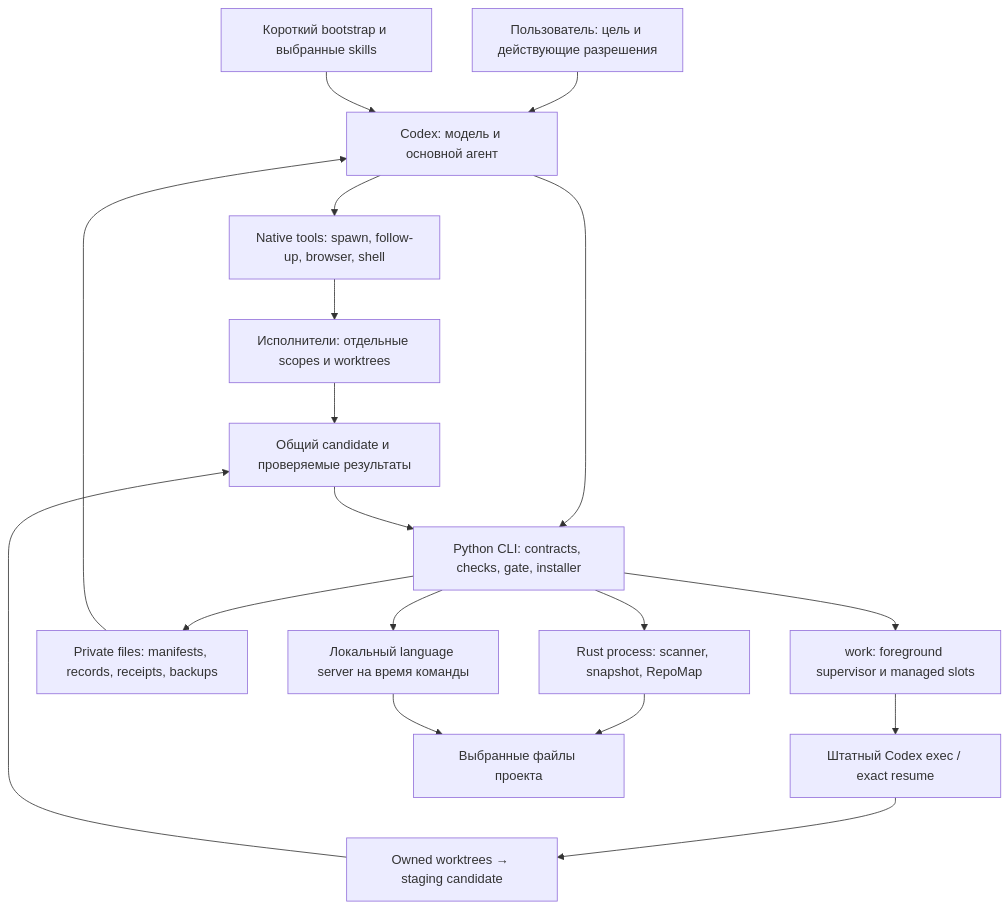
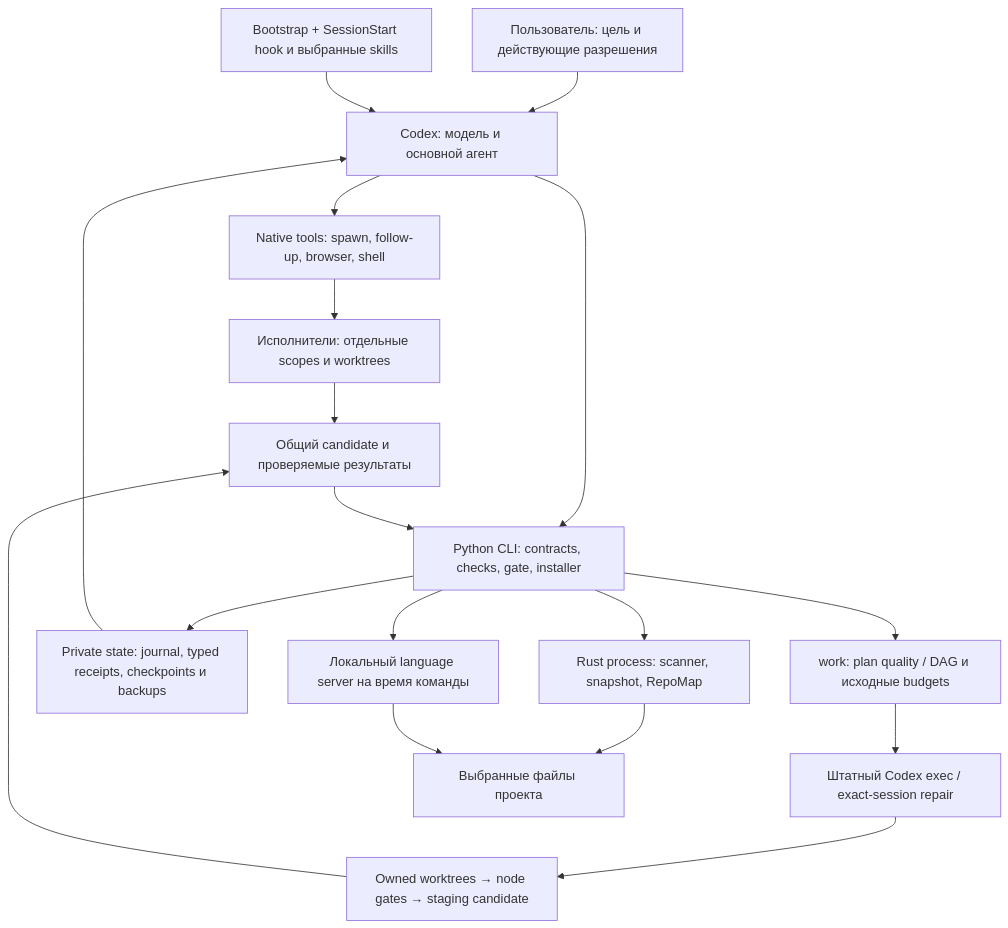
Before and after one commit to SUKUNA-AI/agent-harness: the first of 4 diagrams in docs/ARCHITECTURE_RU.md, drawn with Mermaid. The commit also changed other lines of this file and 62 other files, not shown here.

First line of the commit message:
docs: align all current guides and diagrams with Agent Harness 1.6.0

````diff
--- a/docs/ARCHITECTURE_RU.md
+++ b/docs/ARCHITECTURE_RU.md
@@ -27,20 +30,20 @@
 ```mermaid
 flowchart TD
     User["Пользователь: цель и действующие разрешения"] --> Codex["Codex: модель и основной агент"]
-    Bootstrap["Короткий bootstrap и выбранные skills"] --> Codex
+    Bootstrap["Bootstrap + SessionStart hook и выбранные skills"] --> Codex
     Codex --> NativeTools["Native tools: spawn, follow-up, browser, shell"]
     NativeTools --> Owners["Исполнители: отдельные scopes и worktrees"]
     Owners --> Candidate["Общий candidate и проверяемые результаты"]
     Codex --> CLI["Python CLI: contracts, checks, gate, installer"]
-    CLI --> Work["work: foreground supervisor и managed slots"]
-    Work --> Exec["Штатный Codex exec / exact resume"]
-    Exec --> Managed["Owned worktrees → staging candidate"]
+    CLI --> Work["work: plan quality / DAG и исходные budgets"]
+    Work --> Exec["Штатный Codex exec / exact-session repair"]
+    Exec --> Managed["Owned worktrees → node gates → staging candidate"]
     Managed --> Candidate
-    CLI --> State["Private files: manifests, records, receipts, backups"]
+    CLI --> State["Private state: journal, typed receipts, checkpoints и backups"]
     CLI --> Rust["Rust process: scanner, snapshot, RepoMap"]
     CLI --> LSP["Локальный language server на время команды"]
     Rust --> Source["Выбранные файлы проекта"]
     LSP --> Source
     Candidate --> CLI
     State --> Codex
 ```
````
